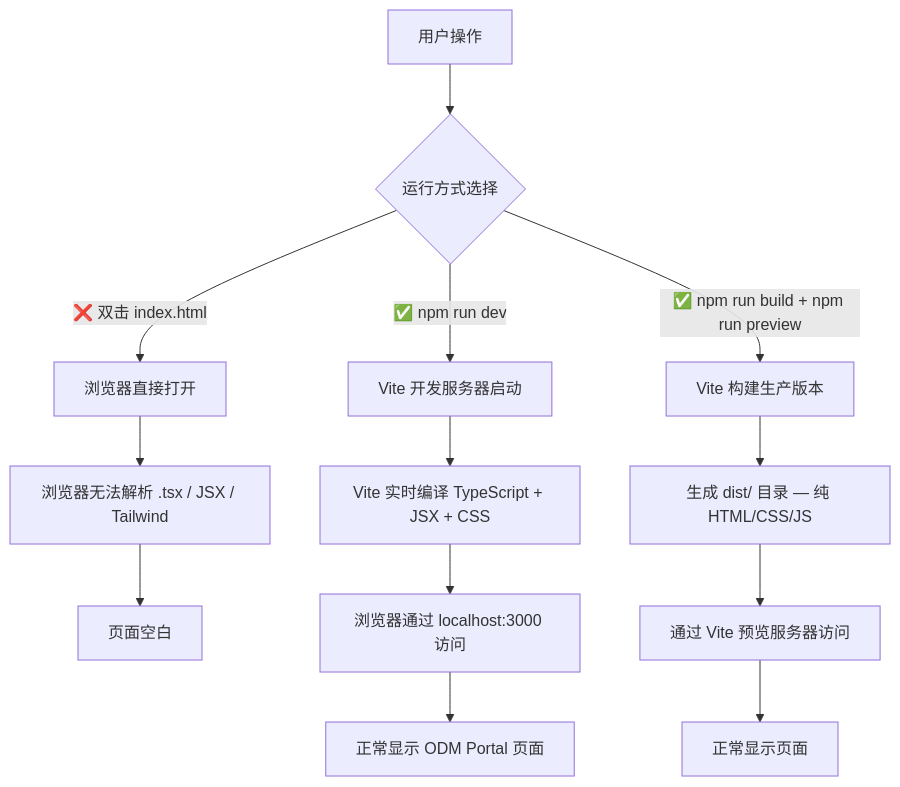
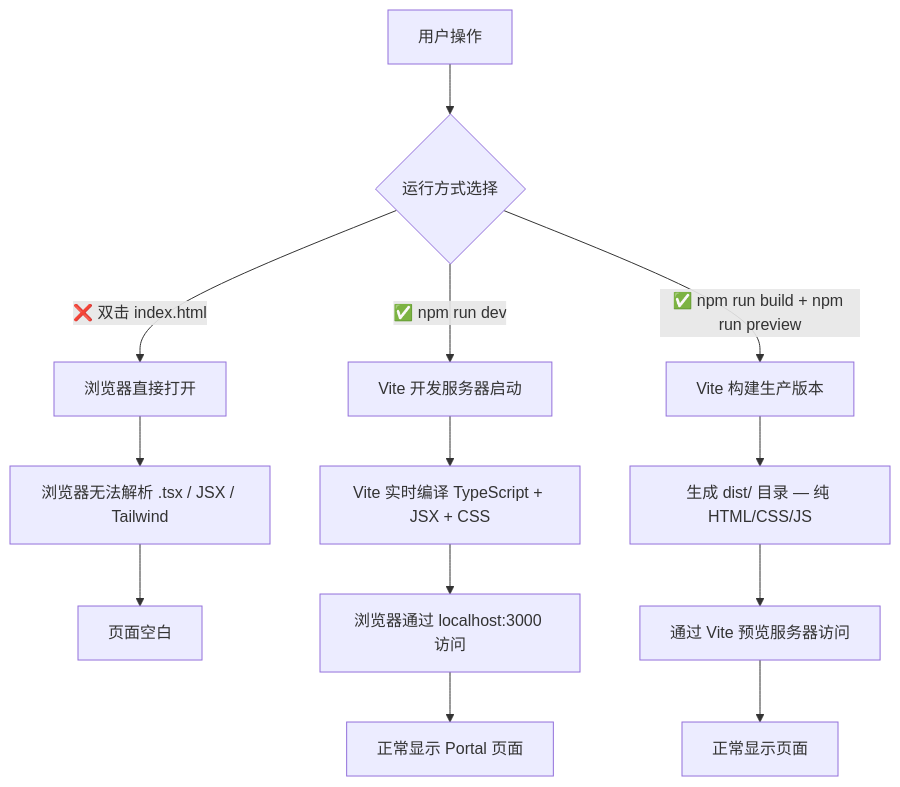
Before and after one commit to LIUKAIXAN/UCI_DEMO: the diagram in plans/local-run-guide.md, drawn with Mermaid. The commit also changed other lines of this file and 11 other files, not shown here.

````diff
--- a/plans/local-run-guide.md
+++ b/plans/local-run-guide.md
@@ -132,18 +132,18 @@
 ```mermaid
 flowchart TD
     A[用户操作] --> B{运行方式选择}
     
     B -->|❌ 双击 index.html| C[浏览器直接打开]
     C --> D[浏览器无法解析 .tsx / JSX / Tailwind]
     D --> E[页面空白]
     
     B -->|✅ npm run dev| F[Vite 开发服务器启动]
     F --> G[Vite 实时编译 TypeScript + JSX + CSS]
     G --> H[浏览器通过 localhost:3000 访问]
-    H --> I[正常显示 ODM Portal 页面]
+    H --> I[正常显示 Portal 页面]
     
     B -->|✅ npm run build + npm run preview| J[Vite 构建生产版本]
     J --> K[生成 dist/ 目录 — 纯 HTML/CSS/JS]
     K --> L[通过 Vite 预览服务器访问]
     L --> M[正常显示页面]
 ```
````
